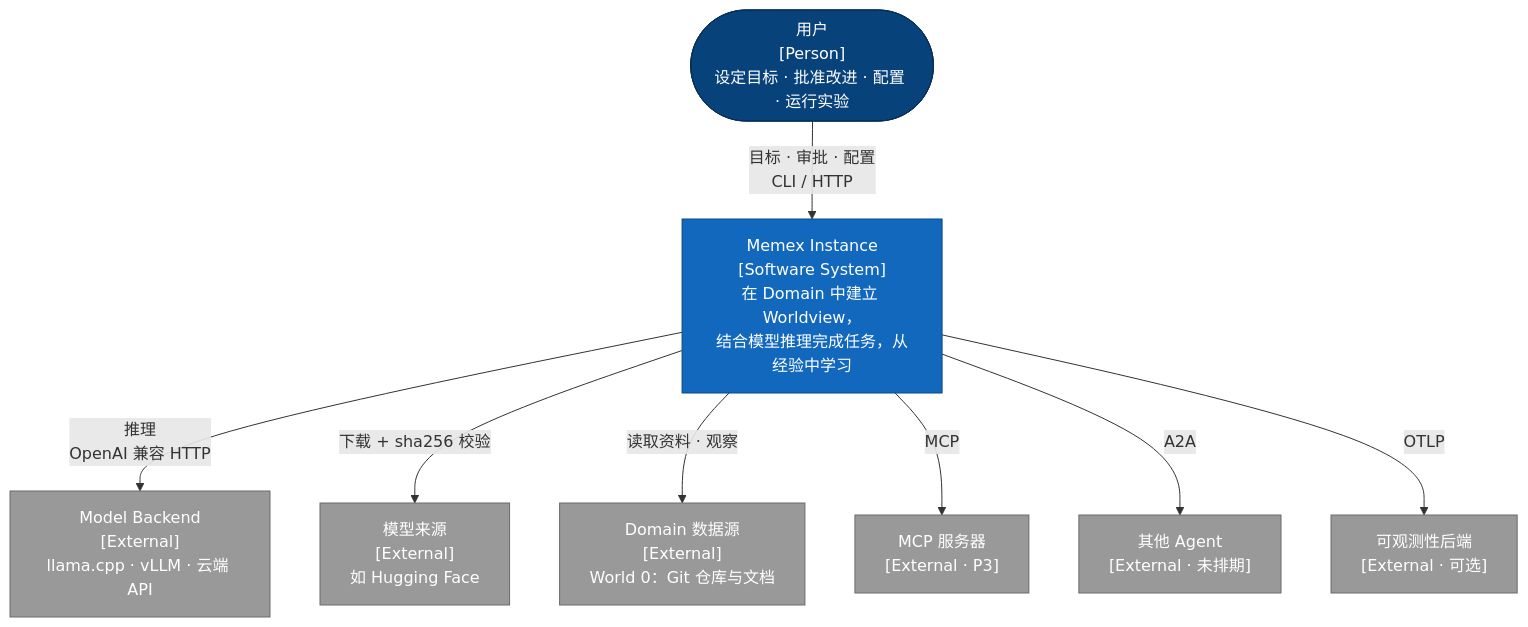
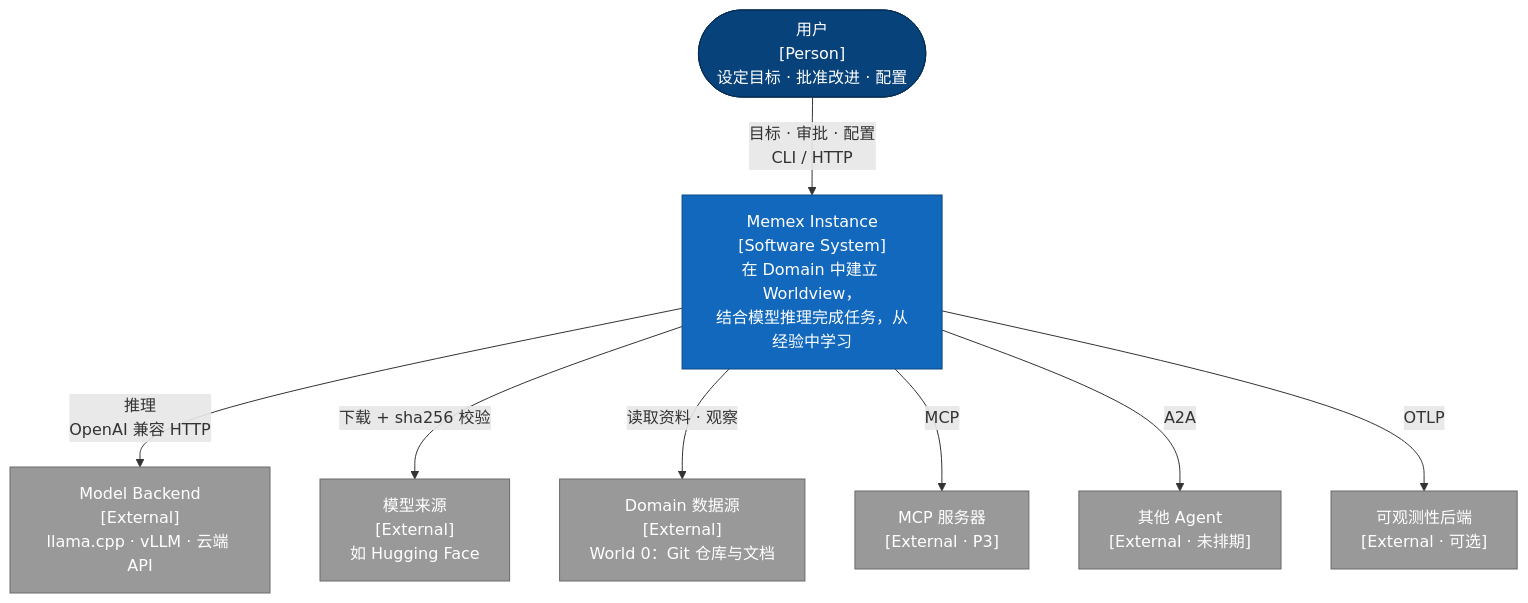
The first of 4 diagrams in docs/architecture/c4.md (ClydeShen/memex), drawn with Mermaid before and after one commit. The commit also changed 13 other files, not shown here.

````diff
--- a/docs/architecture/c4.md
+++ b/docs/architecture/c4.md
@@ -15,26 +15,26 @@
 ```mermaid
 flowchart TB
-  user(["用户<br/>[Person]<br/>设定目标 · 批准改进 · 配置 · 运行实验"])
+  user(["用户<br/>[Person]<br/>设定目标 · 批准改进 · 配置"])
   memex["Memex Instance<br/>[Software System]<br/>在 Domain 中建立 Worldview，<br/>结合模型推理完成任务，从经验中学习"]
   backend["Model Backend<br/>[External]<br/>llama.cpp · vLLM · 云端 API"]
   modelsrc["模型来源<br/>[External]<br/>如 Hugging Face"]
   domain["Domain 数据源<br/>[External]<br/>World 0：Git 仓库与文档"]
   mcp["MCP 服务器<br/>[External · P3]"]
   agents["其他 Agent<br/>[External · 未排期]"]
   otel["可观测性后端<br/>[External · 可选]"]
 
   user -->|"目标 · 审批 · 配置<br/>CLI / HTTP"| memex
   memex -->|"推理<br/>OpenAI 兼容 HTTP"| backend
   memex -->|"下载 + sha256 校验"| modelsrc
   memex -->|"读取资料 · 观察"| domain
   memex -->|MCP| mcp
   memex -->|A2A| agents
   memex -->|OTLP| otel
 
   classDef person fill:#08427b,color:#fff,stroke:#052e56
   classDef system fill:#1168bd,color:#fff,stroke:#0b4884
   classDef ext fill:#999,color:#fff,stroke:#6b6b6b
-  class user,dev person
+  class user person
   class memex system
   class backend,modelsrc,domain,mcp,agents,otel ext
 ```
````
